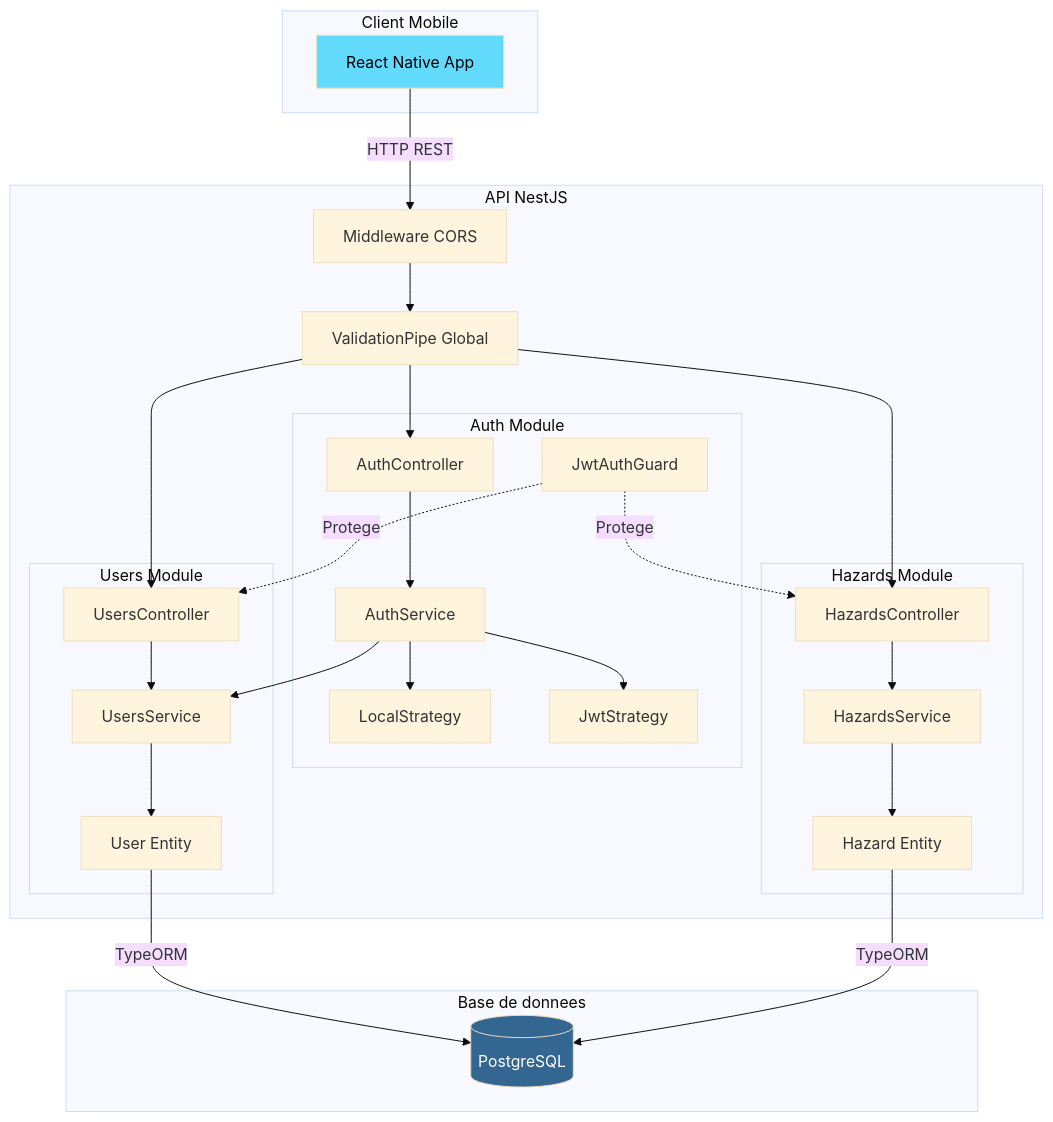
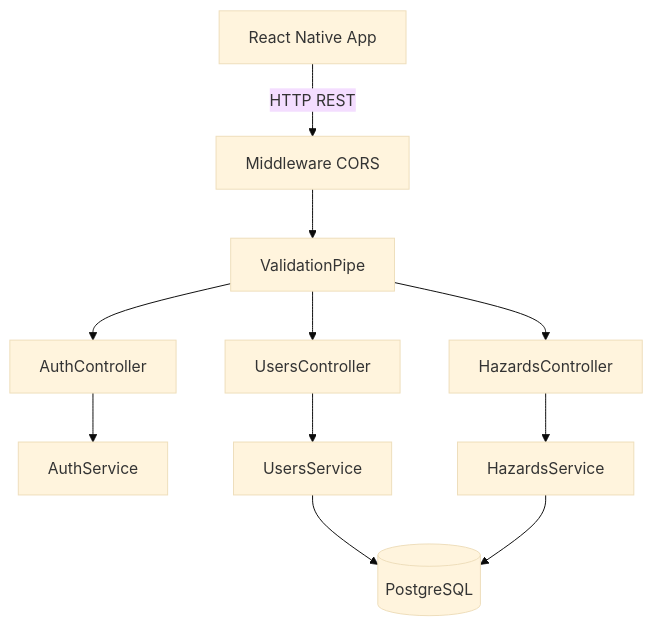
One commit to CitizenAlert/CitizenAlert changed the second of 9 diagrams in docs/DAL.md. Above: the diagram before and after it, drawn with Mermaid (base theme). The commit also changed other lines of this file and 13 other files, not shown here.

````diff
--- a/docs/DAL.md
+++ b/docs/DAL.md
@@ -147,60 +128,13 @@
 ```mermaid
 graph TB
-    subgraph "Client Mobile"
-        C[React Native App]
-    end
-
-    subgraph "API NestJS"
-        MW[Middleware CORS]
-        VP[ValidationPipe Global]
-
-        subgraph "Auth Module"
-            AC[AuthController]
-            AS[AuthService]
-            LS[LocalStrategy]
-            JS[JwtStrategy]
-            JG[JwtAuthGuard]
-        end
-
-        subgraph "Users Module"
-            UC[UsersController]
-            US[UsersService]
-            UE[User Entity]
-        end
-
-        subgraph "Hazards Module"
-            HC[HazardsController]
-            HS[HazardsService]
-            HE[Hazard Entity]
-        end
-    end
-
-    subgraph "Base de donnees"
-        DB[(PostgreSQL)]
-    end
-
-    C -->|HTTP REST| MW
-    MW --> VP
-    VP --> AC
-    VP --> UC
-    VP --> HC
-
-    AC --> AS
-    AS --> US
-    AS --> JS
-    AS --> LS
-
-    UC --> US
-    US --> UE
-    UE -->|TypeORM| DB
-
-    HC --> HS
-    HS --> HE
-    HE -->|TypeORM| DB
-
-    JG -.->|Protege| UC
-    JG -.->|Protege| HC
-
-    style DB fill:#336791,color:#fff
-    style C fill:#61dafb,color:#000
+    C[React Native App] -->|HTTP REST| MW[Middleware CORS]
+    MW --> VP[ValidationPipe]
+    VP --> AC[AuthController]
+    VP --> UC[UsersController]
+    VP --> HC[HazardsController]
+    AC --> AS[AuthService]
+    UC --> US[UsersService]
+    HC --> HS[HazardsService]
+    US --> DB[(PostgreSQL)]
+    HS --> DB
 ```
````
